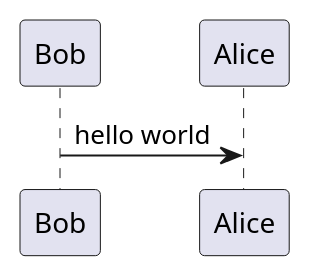
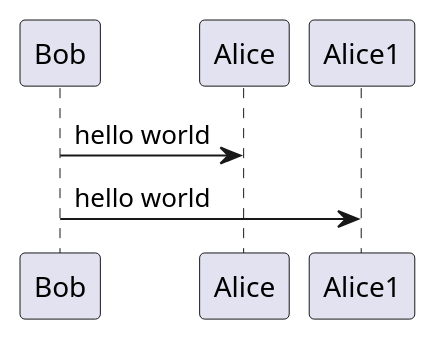
One commit to xShokan/xShokan.github.io changed the second of 2 diagrams in _posts/2022-05-06-Test.markdown. Above: the diagram before and after it, drawn with PlantUML. The commit also changed other lines of this file and 2 other files, not shown here.

````diff
--- a/_posts/2022-05-06-Test.markdown
+++ b/_posts/2022-05-06-Test.markdown
@@ -18,3 +19,4 @@
 ```plantuml
 Bob -> Alice : hello world
+Bob -> Alice1 : hello world
 ```
````
